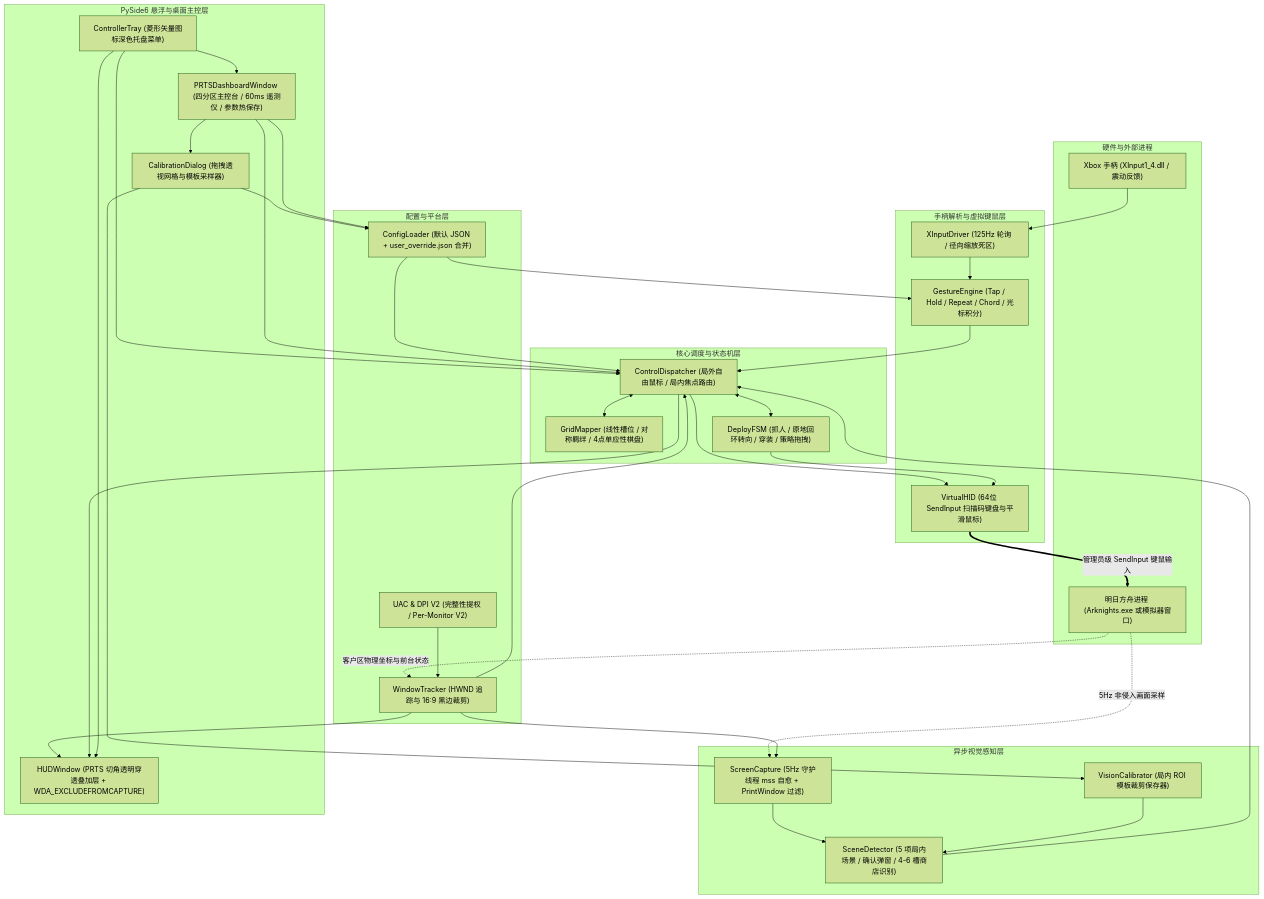
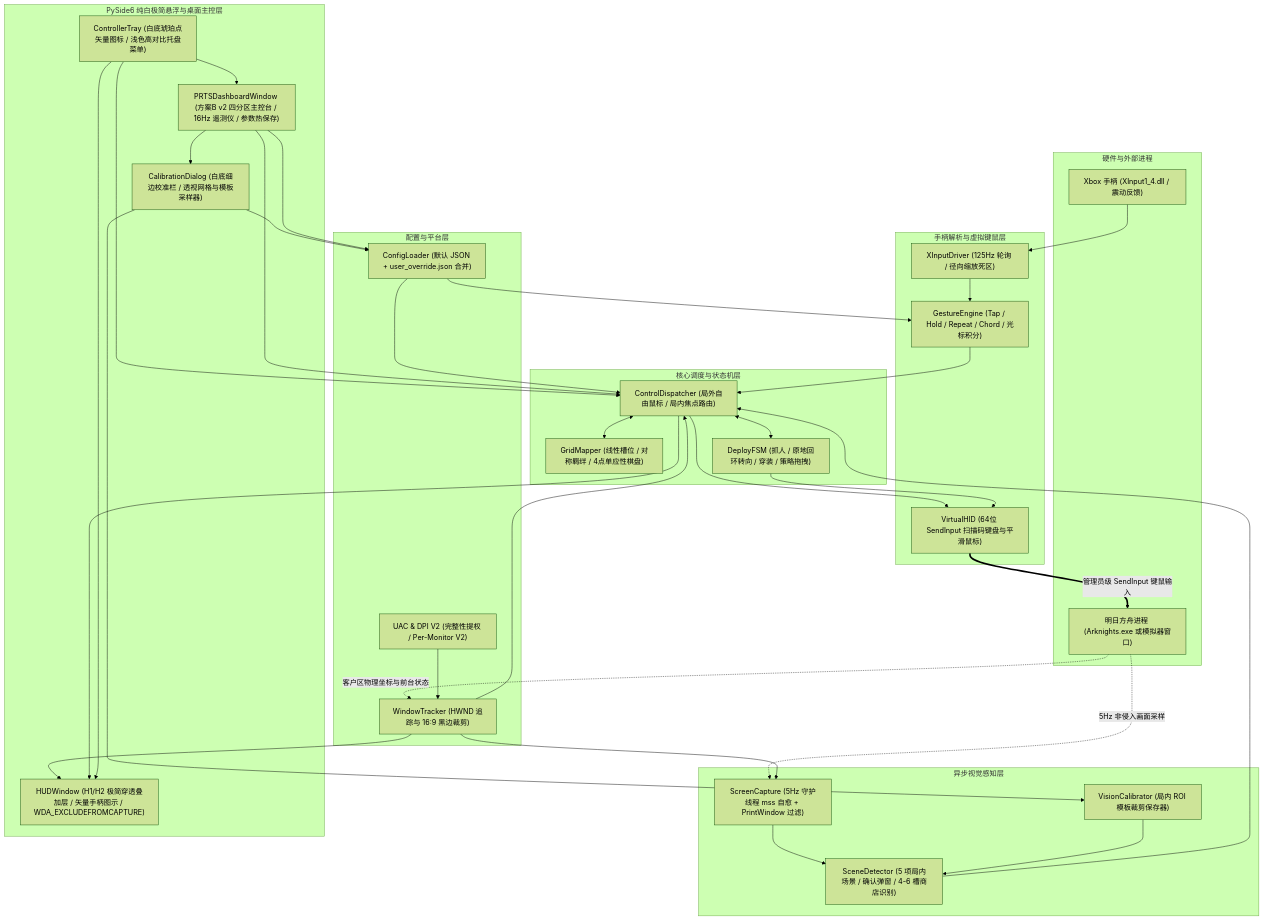
Before and after one commit to MUXI-hub/arkcontroller: the first of 2 diagrams in docs/architecture.md, drawn with Mermaid (forest theme). The commit also changed other lines of this file and 3 other files, not shown here.

````diff
--- a/docs/architecture.md
+++ b/docs/architecture.md
@@ -11,67 +11,67 @@
 ```mermaid
 flowchart TD
     subgraph Hardware["硬件与外部进程"]
         GP["Xbox 手柄 (XInput1_4.dll / 震动反馈)"]
         GAME["明日方舟进程 (Arknights.exe 或模拟器窗口)"]
     end
 
     subgraph PlatformConfig["配置与平台层"]
         CFG["ConfigLoader (默认 JSON + user_override.json 合并)"]
         UAC["UAC & DPI V2 (完整性提权 / Per-Monitor V2)"]
         WT["WindowTracker (HWND 追踪与 16:9 黑边裁剪)"]
     end
 
     subgraph InputLayer["手柄解析与虚拟键鼠层"]
         XI["XInputDriver (125Hz 轮询 / 径向缩放死区)"]
         GE["GestureEngine (Tap / Hold / Repeat / Chord / 光标积分)"]
         HID["VirtualHID (64位 SendInput 扫描码键盘与平滑鼠标)"]
     end
 
     subgraph VisionLayer["异步视觉感知层"]
         CAP["ScreenCapture (5Hz 守护线程 mss 自愈 + PrintWindow 过滤)"]
         SD["SceneDetector (5 项局内场景 / 确认弹窗 / 4-6 槽商店识别)"]
         CAL["VisionCalibrator (局内 ROI 模板裁剪保存器)"]
     end
 
     subgraph ControlLayer["核心调度与状态机层"]
         GM["GridMapper (线性槽位 / 对称羁绊 / 4点单应性棋盘)"]
         DFSM["DeployFSM (抓人 / 原地回环转向 / 穿装 / 策略拖拽)"]
         DISP["ControlDispatcher (局外自由鼠标 / 局内焦点路由)"]
     end
 
-    subgraph OverlayLayer["PySide6 悬浮与桌面主控层"]
-        HUD["HUDWindow (PRTS 切角透明穿透叠加层 + WDA_EXCLUDEFROMCAPTURE)"]
-        DASH["PRTSDashboardWindow (四分区主控台 / 60ms 遥测仪 / 参数热保存)"]
-        CALUI["CalibrationDialog (拖拽透视网格与模板采样器)"]
-        TRAY["ControllerTray (菱形矢量图标深色托盘菜单)"]
+    subgraph OverlayLayer["PySide6 纯白极简悬浮与桌面主控层"]
+        HUD["HUDWindow (H1/H2 极简穿透叠加层 / 矢量手柄图示 / WDA_EXCLUDEFROMCAPTURE)"]
+        DASH["PRTSDashboardWindow (方案B v2 四分区主控台 / 16Hz 遥测仪 / 参数热保存)"]
+        CALUI["CalibrationDialog (白底细边校准栏 / 透视网格与模板采样器)"]
+        TRAY["ControllerTray (白底琥珀点矢量图标 / 浅色高对比托盘菜单)"]
     end
 
     GP --> XI
     XI --> GE
     GAME -. "客户区物理坐标与前台状态" .-> WT
     GAME -. "5Hz 非侵入画面采样" .-> CAP
     CFG --> GE
     CFG --> DISP
     UAC --> WT
     WT --> CAP
     WT --> DISP
     WT --> HUD
     CAP --> SD
     SD --> DISP
     GE --> DISP
     DISP <--> GM
     DISP <--> DFSM
     DISP --> HID
     DFSM --> HID
     HID == "管理员级 SendInput 键鼠输入" ==> GAME
     DISP --> HUD
     CALUI --> CAL
     CAL --> SD
     CALUI --> CFG
     TRAY --> DISP
     TRAY --> HUD
     TRAY --> DASH
     DASH --> CFG
     DASH --> DISP
     DASH --> CALUI
 ```
````
